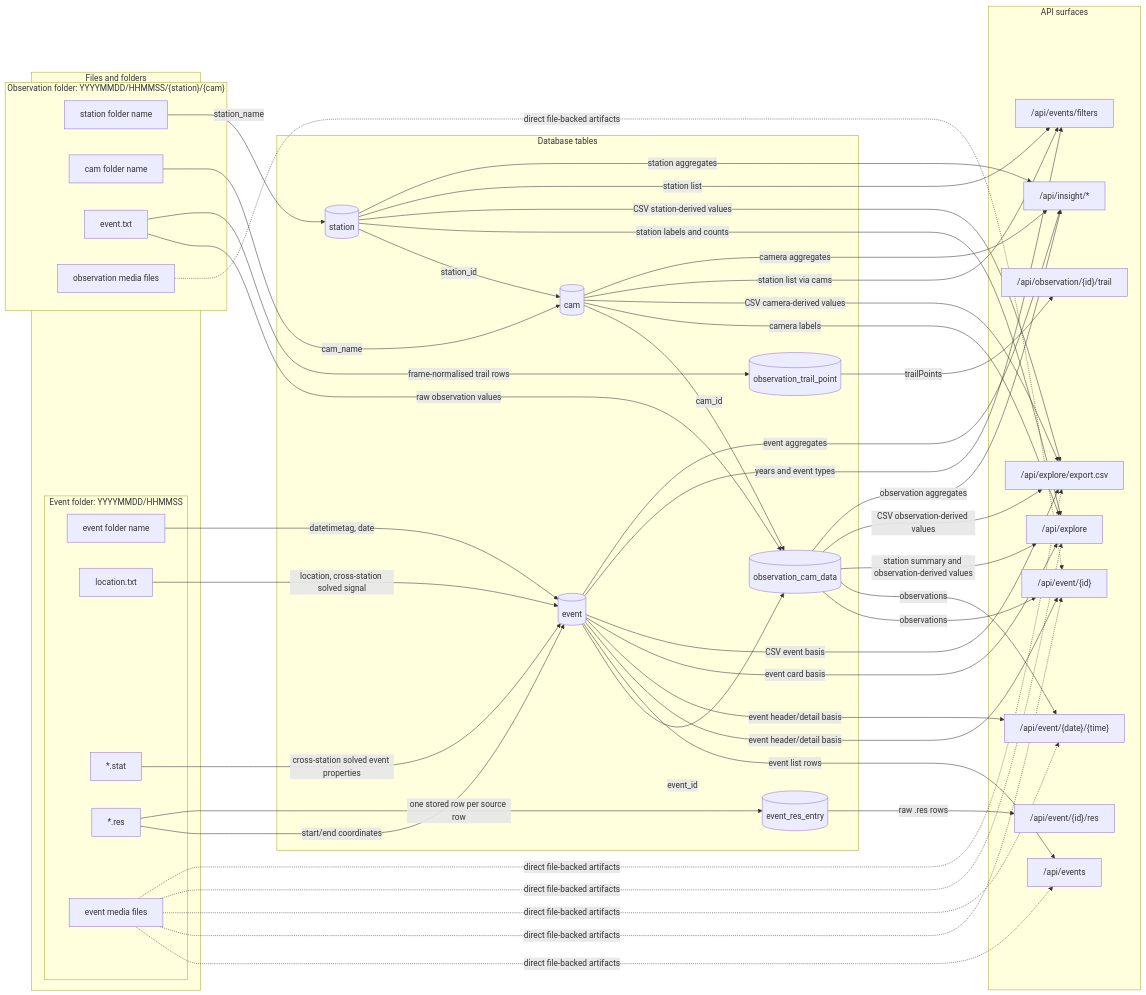
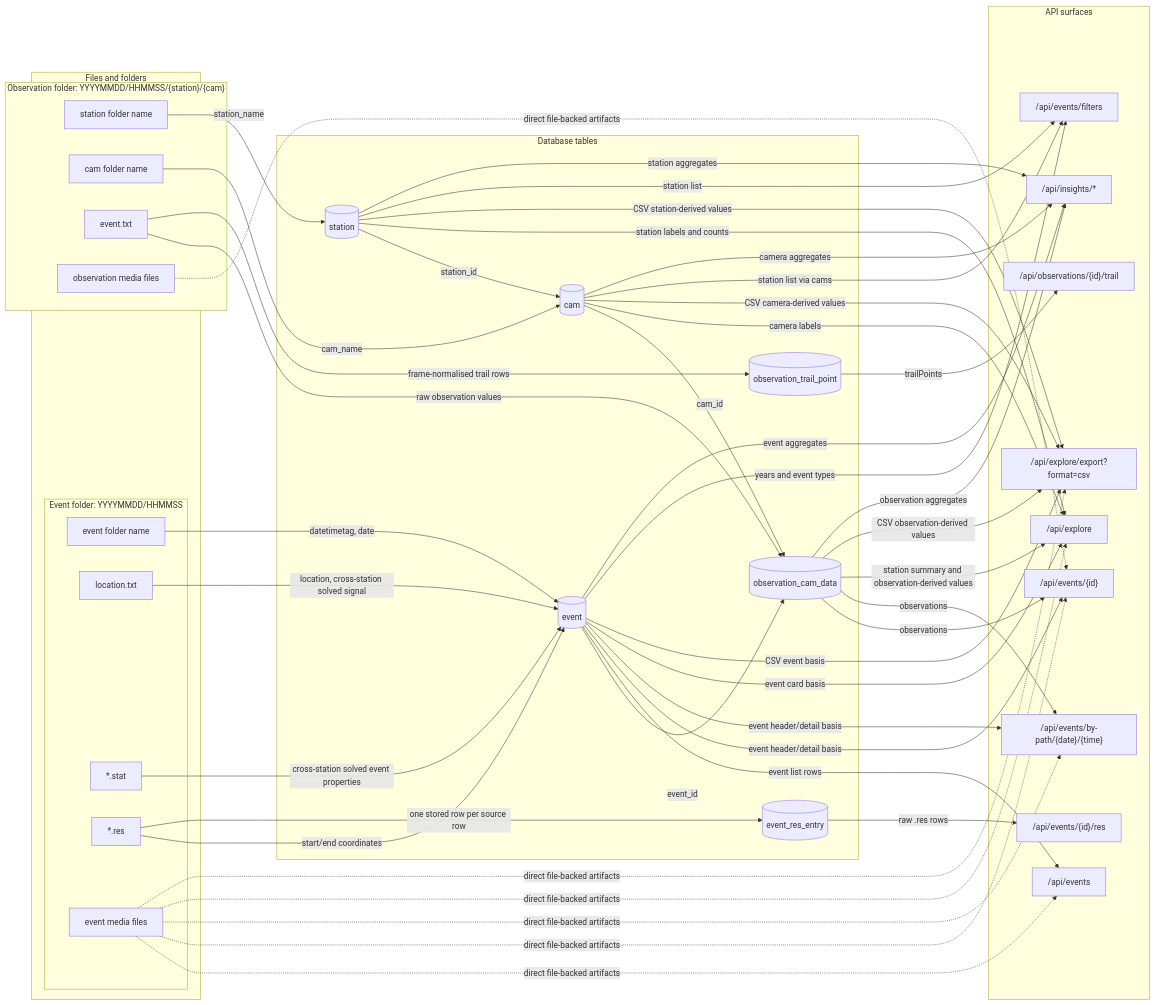
Before and after one commit to norskmeteornettverk/ildkule-backend: the diagram in docs/api-db-file-lineage.md, drawn with Mermaid. The commit also changed other lines of this file and 19 other files, not shown here.

````diff
--- a/docs/api-db-file-lineage.md
+++ b/docs/api-db-file-lineage.md
@@ -25,82 +25,82 @@
 ```mermaid
 flowchart LR
     subgraph F["Files and folders"]
         subgraph FE["Event folder: YYYYMMDD/HHMMSS"]
             F0["event folder name"]
             F1["location.txt"]
             F2["*.stat"]
             F3["*.res"]
             F7["event media files"]
         end
         subgraph FO["Observation folder: YYYYMMDD/HHMMSS/{station}/{cam}"]
             F4["station folder name"]
             F5["cam folder name"]
             F6["event.txt"]
             F8["observation media files"]
         end
     end
 
     subgraph D["Database tables"]
         D1[(event)]
         D2[(station)]
         D3[(cam)]
         D4[(observation_cam_data)]
         D5[(event_res_entry)]
         D6[(observation_trail_point)]
     end
 
     subgraph A["API surfaces"]
         A1["/api/events"]
-        A2["/api/event/{id}"]
-        A3["/api/event/{date}/{time}"]
-        A4["/api/event/{id}/res"]
-        A5["/api/observation/{id}/trail"]
+        A2["/api/events/{id}"]
+        A3["/api/events/by-path/{date}/{time}"]
+        A4["/api/events/{id}/res"]
+        A5["/api/observations/{id}/trail"]
         A6["/api/explore"]
-        A7["/api/explore/export.csv"]
+        A7["/api/explore/export?format=csv"]
         A8["/api/events/filters"]
-        A9["/api/insight/*"]
+        A9["/api/insights/*"]
     end
 
     F0 -- "datetimetag, date" --> D1
     F1 -- "location, cross-station solved signal" --> D1
     F2 -- "cross-station solved event properties" --> D1
     F3 -- "start/end coordinates" --> D1
     F3 -- "one stored row per source row" --> D5
     F4 -- "station_name" --> D2
     F5 -- "cam_name" --> D3
     F6 -- "raw observation values" --> D4
     F6 -- "frame-normalised trail rows" --> D6
     D2 -- "station_id" --> D3
     D3 -- "cam_id" --> D4
     D1 -- "event_id" --> D4
 
     D1 -- "event list rows" --> A1
     D1 -- "event header/detail basis" --> A2
     D1 -- "event header/detail basis" --> A3
     D4 -- "observations" --> A2
     D4 -- "observations" --> A3
     D5 -- "raw .res rows" --> A4
     D6 -- "trailPoints" --> A5
     D1 -- "event card basis" --> A6
     D2 -- "station labels and counts" --> A6
     D3 -- "camera labels" --> A6
     D4 -- "station summary and observation-derived values" --> A6
     D1 -- "CSV event basis" --> A7
     D2 -- "CSV station-derived values" --> A7
     D3 -- "CSV camera-derived values" --> A7
     D4 -- "CSV observation-derived values" --> A7
     D1 -- "years and event types" --> A8
     D2 -- "station list" --> A8
     D3 -- "station list via cams" --> A8
     D1 -- "event aggregates" --> A9
     D2 -- "station aggregates" --> A9
     D3 -- "camera aggregates" --> A9
     D4 -- "observation aggregates" --> A9
 
     F7 -. "direct file-backed artifacts" .-> A1
     F7 -. "direct file-backed artifacts" .-> A2
     F7 -. "direct file-backed artifacts" .-> A3
     F7 -. "direct file-backed artifacts" .-> A6
     F7 -. "direct file-backed artifacts" .-> A7
     F8 -. "direct file-backed artifacts" .-> A2
 ```
````
